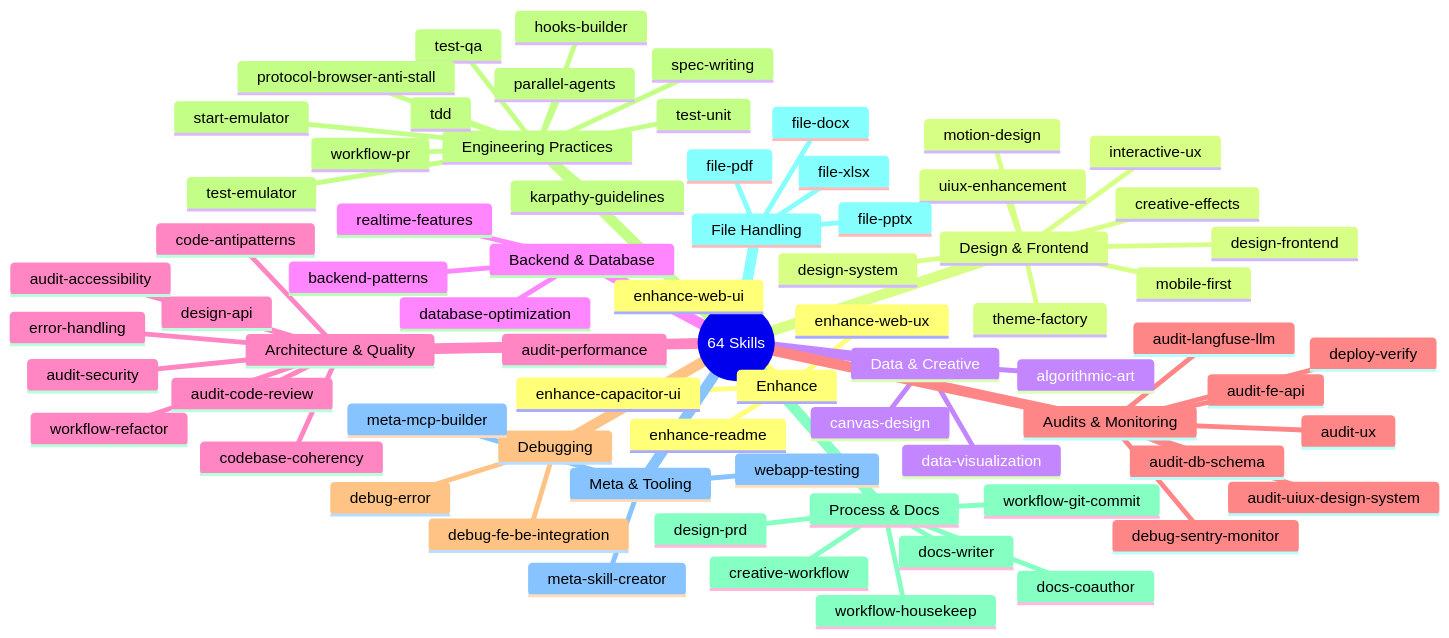
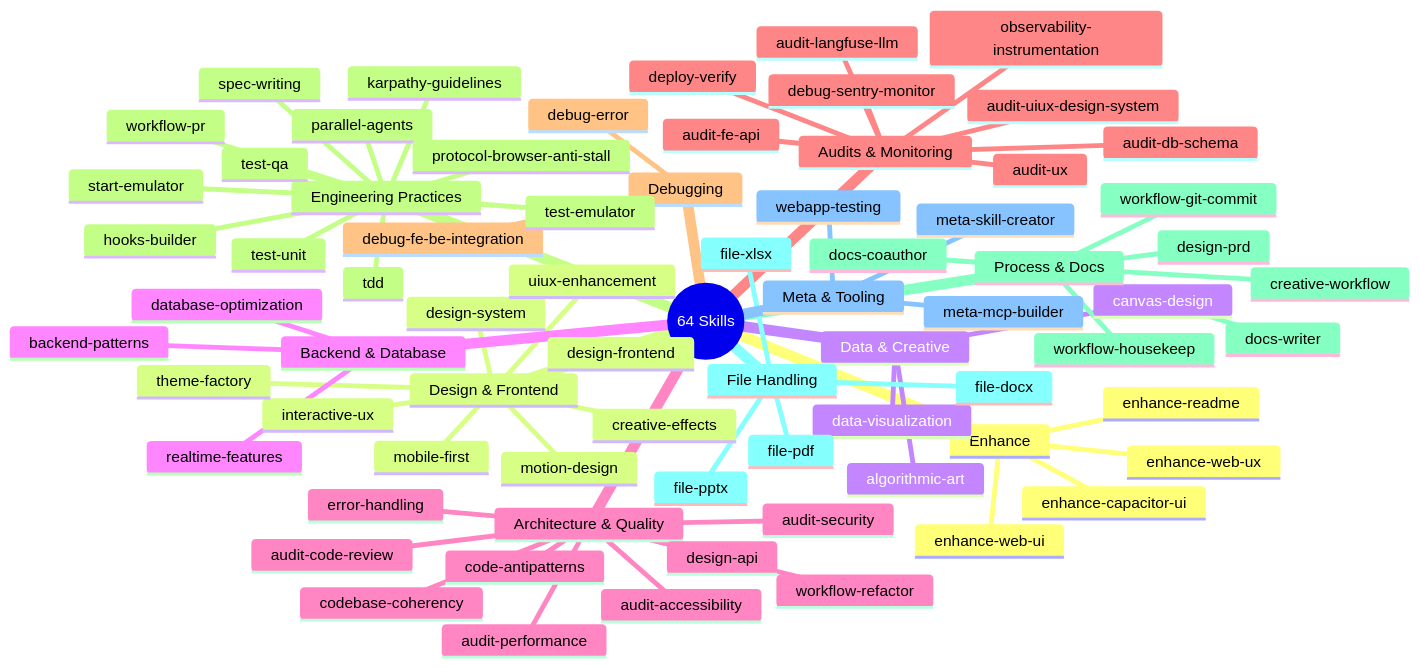
Before and after one commit to kensaurus/cursor-kenji: the seventh of 12 diagrams in README.md, drawn with Mermaid. The commit also changed other lines of this file and 2 other files, not shown here.

First line of the commit message:
feat(skills): add observability-instrumentation; normalize skill count to 69

````diff
--- a/README.md
+++ b/README.md
@@ -550,75 +553,76 @@
 ```mermaid
 mindmap
   root((64 Skills))
     Enhance
       enhance-web-ui
       enhance-web-ux
       enhance-readme
       enhance-capacitor-ui
     Design & Frontend
       design-frontend
       design-system
       motion-design
       creative-effects
       uiux-enhancement
       interactive-ux
       mobile-first
       theme-factory
     Data & Creative
       data-visualization
       algorithmic-art
       canvas-design
     Backend & Database
       backend-patterns
       database-optimization
       realtime-features
     Architecture & Quality
       design-api
       error-handling
       code-antipatterns
       audit-code-review
       codebase-coherency
       workflow-refactor
       audit-performance
       audit-security
       audit-accessibility
     Audits & Monitoring
       audit-db-schema
       audit-fe-api
       audit-langfuse-llm
       audit-uiux-design-system
       audit-ux
       debug-sentry-monitor
+      observability-instrumentation
       deploy-verify
     Debugging
       debug-error
       debug-fe-be-integration
     Engineering Practices
       tdd
       spec-writing
       parallel-agents
       hooks-builder
       karpathy-guidelines
       test-unit
       test-qa
       test-emulator
       start-emulator
       workflow-pr
       protocol-browser-anti-stall
     Process & Docs
       workflow-git-commit
       docs-coauthor
       docs-writer
       design-prd
       creative-workflow
       workflow-housekeep
     File Handling
       file-docx
       file-pdf
       file-pptx
       file-xlsx
     Meta & Tooling
       meta-skill-creator
       meta-mcp-builder
       webapp-testing
 ```
````
